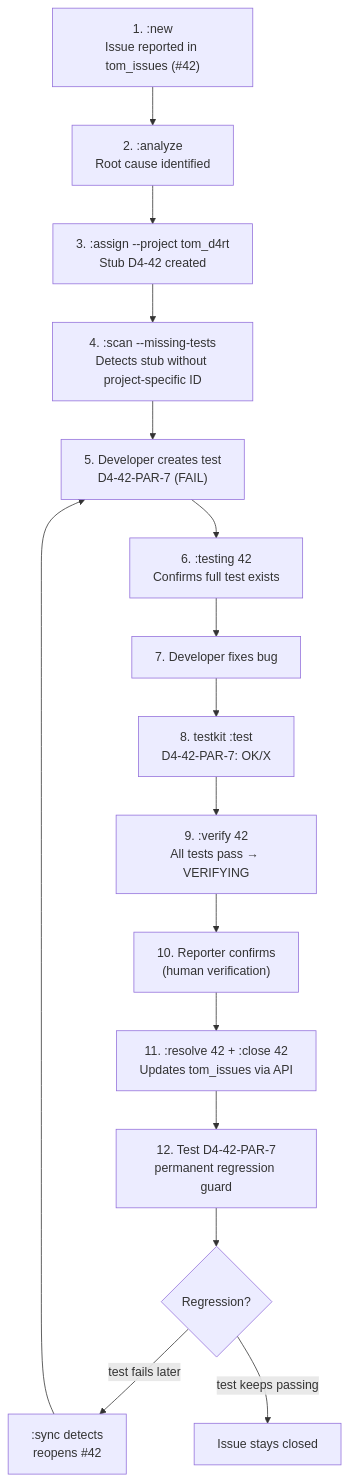
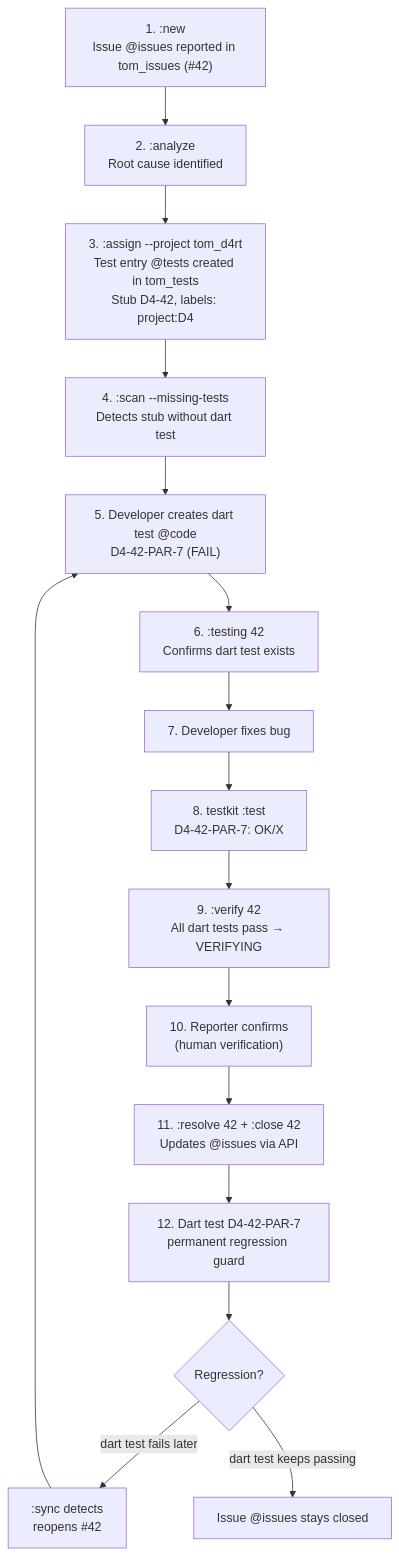
The fourth of 37 diagrams in tom_issue_kit/doc/issuekit_command_reference.md (al-the-bear/tom_module_basics), drawn with Mermaid before and after one commit. The commit also changed other lines of this file and 1 other file, not shown here.

First line of the commit message:
docs: architectural redesign — two issue trackers, @issues/@tests/@code terminology, nightly backup

````diff
--- a/tom_issue_kit/doc/issuekit_command_reference.md
+++ b/tom_issue_kit/doc/issuekit_command_reference.md
@@ -207,18 +211,18 @@
 ```mermaid
 graph TB
-    A["1. :new<br/>Issue reported in tom_issues (#42)"] --> B["2. :analyze<br/>Root cause identified"]
-    B --> B2["3. :assign --project tom_d4rt<br/>Stub D4-42 created"]
-    B2 --> C["4. :scan --missing-tests<br/>Detects stub without project-specific ID"]
-    C --> C2["5. Developer creates test<br/>D4-42-PAR-7 (FAIL)"]
-    C2 --> C3["6. :testing 42<br/>Confirms full test exists"]
+    A["1. :new<br/>Issue @issues reported in tom_issues (#42)"] --> B["2. :analyze<br/>Root cause identified"]
+    B --> B2["3. :assign --project tom_d4rt<br/>Test entry @tests created in tom_tests<br/>Stub D4-42, labels: project:D4"]
+    B2 --> C["4. :scan --missing-tests<br/>Detects stub without dart test"]
+    C --> C2["5. Developer creates dart test @code<br/>D4-42-PAR-7 (FAIL)"]
+    C2 --> C3["6. :testing 42<br/>Confirms dart test exists"]
     C3 --> D["7. Developer fixes bug"]
     D --> E["8. testkit :test<br/>D4-42-PAR-7: OK/X"]
-    E --> F["9. :verify 42<br/>All tests pass → VERIFYING"]
+    E --> F["9. :verify 42<br/>All dart tests pass → VERIFYING"]
     F --> G["10. Reporter confirms<br/>(human verification)"]
-    G --> H["11. :resolve 42 + :close 42<br/>Updates tom_issues via API"]
-    H --> I["12. Test D4-42-PAR-7<br/>permanent regression guard"]
+    G --> H["11. :resolve 42 + :close 42<br/>Updates @issues via API"]
+    H --> I["12. Dart test D4-42-PAR-7<br/>permanent regression guard"]
     I --> J{"Regression?"}
-    J -->|"test fails later"| K[":sync detects<br/>reopens #42"]
+    J -->|"dart test fails later"| K[":sync detects<br/>reopens #42"]
     K --> C2
-    J -->|"test keeps passing"| L["Issue stays closed"]
+    J -->|"dart test keeps passing"| L["Issue @issues stays closed"]
 ```
````
